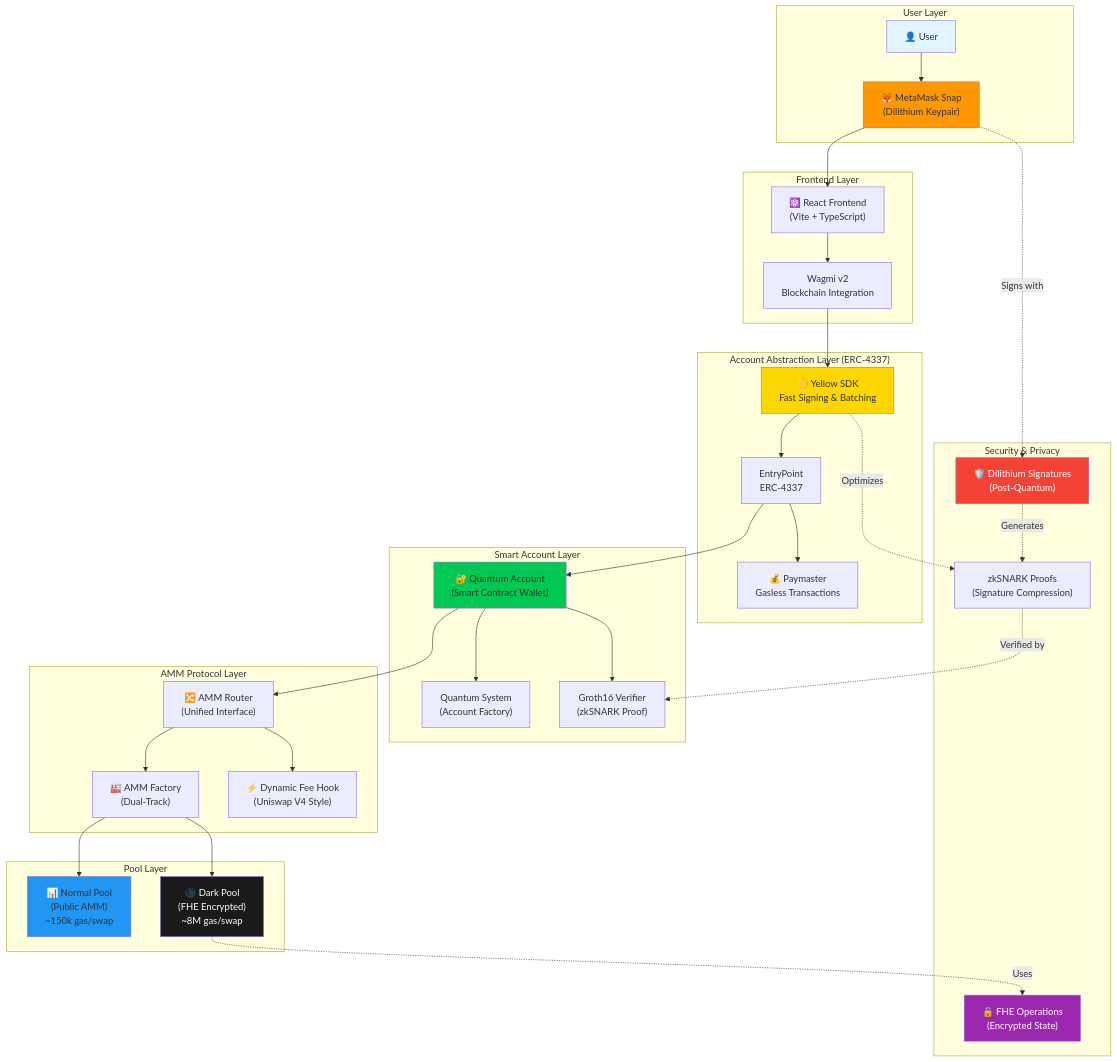
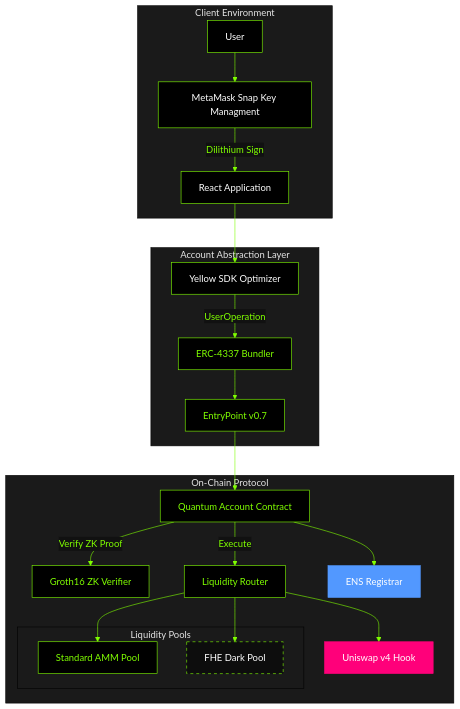
Before and after one commit to YASH-ai-bit/quantum-safe-pools: the diagram in README.md, drawn with Mermaid. The commit also changed other lines of this file, not shown here.

````diff
--- a/README.md
+++ b/README.md
@@ -82,71 +41,50 @@
 ```mermaid
+%%{init: {'theme': 'base', 'themeVariables': { 'primaryColor': '#000000', 'primaryTextColor': '#80FF00', 'primaryBorderColor': '#80FF00', 'lineColor': '#80FF00', 'secondaryColor': '#111111', 'tertiaryColor': '#1a1a1a'}}}%%
 graph TB
-    subgraph "User Layer"
-        User["👤 User"]
-        MMSnap["🦊 MetaMask Snap<br/>(Dilithium Keypair)"]
+    subgraph Client ["Client Environment"]
+        User["User"]
+        Snap["MetaMask Snap Key Managment"]
+        Frontend["React Application"]
     end
 
-    subgraph "Frontend Layer"
-        UI["⚛️ React Frontend<br/>(Vite + TypeScript)"]
-        Wagmi["Wagmi v2<br/>Blockchain Integration"]
+    subgraph AA ["Account Abstraction Layer"]
+        SDK["Yellow SDK Optimizer"]
+        Bundler["ERC-4337 Bundler"]
+        EntryPoint["EntryPoint v0.7"]
     end
 
-    subgraph "Account Abstraction Layer (ERC-4337)"
-        YellowSDK["🟡 Yellow SDK<br/>Fast Signing & Batching"]
-        EP["EntryPoint<br/>ERC-4337"]
-        PM["💰 Paymaster<br/>Gasless Transactions"]
+    subgraph Protocol ["On-Chain Protocol"]
+        Account["Quantum Account Contract"]
+        Verifier["Groth16 ZK Verifier"]
+        Router["Liquidity Router"]
+        
+        subgraph Pools ["Liquidity Pools"]
+            PublicPool["Standard AMM Pool"]
+            DarkPool["FHE Dark Pool"]
+        end
+        
+        Hook["Uniswap v4 Hook"]
+        Registrar["ENS Registrar"]
     end
 
-    subgraph "Smart Account Layer"
-        QA["🔐 Quantum Account<br/>(Smart Contract Wallet)"]
-        QS["Quantum System<br/>(Account Factory)"]
-        Verifier["Groth16 Verifier<br/>(zkSNARK Proof)"]
-    end
+    User --> Snap
+    Snap -- "Dilithium Sign" --> Frontend
+    Frontend --> SDK
+    SDK -- "UserOperation" --> Bundler
+    Bundler --> EntryPoint
+    EntryPoint --> Account
+    Account -- "Verify ZK Proof" --> Verifier
+    Account -- "Execute" --> Router
+    Router --> PublicPool
+    Router --> DarkPool
+    Router --> Hook
+    Account --> Registrar
 
-    subgraph "AMM Protocol Layer"
-        Factory["🏭 AMM Factory<br/>(Dual-Track)"]
-        Router["🔀 AMM Router<br/>(Unified Interface)"]
-        Hook["⚡ Dynamic Fee Hook<br/>(Uniswap V4 Style)"]
-    end
-
-    subgraph "Pool Layer"
-        NormalPool["📊 Normal Pool<br/>(Public AMM)<br/>~150k gas/swap"]
-        DarkPool["🌑 Dark Pool<br/>(FHE Encrypted)<br/>~8M gas/swap"]
-    end
-
-    subgraph "Security & Privacy"
-        Dilithium["🛡️ Dilithium Signatures<br/>(Post-Quantum)"]
-        zkProof["zkSNARK Proofs<br/>(Signature Compression)"]
-        FHE["🔒 FHE Operations<br/>(Encrypted State)"]
-    end
-
-    User --> MMSnap
-    MMSnap --> UI
-    UI --> Wagmi
-    Wagmi --> YellowSDK
-    YellowSDK --> EP
-    EP --> PM
-    EP --> QA
-    QA --> QS
-    QA --> Verifier
-    QA --> Router
-    Router --> Factory
-    Factory --> NormalPool
-    Factory --> DarkPool
-    Router --> Hook
-    
-    MMSnap -."Signs with".-> Dilithium
-    Dilithium -."Generates".-> zkProof
-    zkProof -."Verified by".-> Verifier
-    DarkPool -."Uses".-> FHE
-    YellowSDK -."Optimizes".-> zkProof
-
-    style User fill:#e1f5ff
-    style MMSnap fill:#ff9800
-    style YellowSDK fill:#ffd700
-    style QA fill:#00c853
-    style DarkPool fill:#1a1a1a,color:#fff
-    style NormalPool fill:#2196f3
-    style FHE fill:#9c27b0,color:#fff
-    style Dilithium fill:#f44336,color:#fff
+    style User fill:#000,stroke:#80FF00,stroke-width:1px,color:#fff
+    style Snap fill:#000,stroke:#80FF00,stroke-width:1px,color:#fff
+    style Frontend fill:#000,stroke:#80FF00,stroke-width:1px,color:#fff
+    style SDK fill:#000,stroke:#80FF00,stroke-width:1px,color:#fff
+    style DarkPool fill:#0d0d0d,stroke:#80FF00,stroke-width:1px,color:#fff,stroke-dasharray: 5 5
+    style Hook fill:#ff007a,stroke:#ff007a,stroke-width:1px,color:#fff
+    style Registrar fill:#5298ff,stroke:#5298ff,stroke-width:1px,color:#fff
 ```
````
